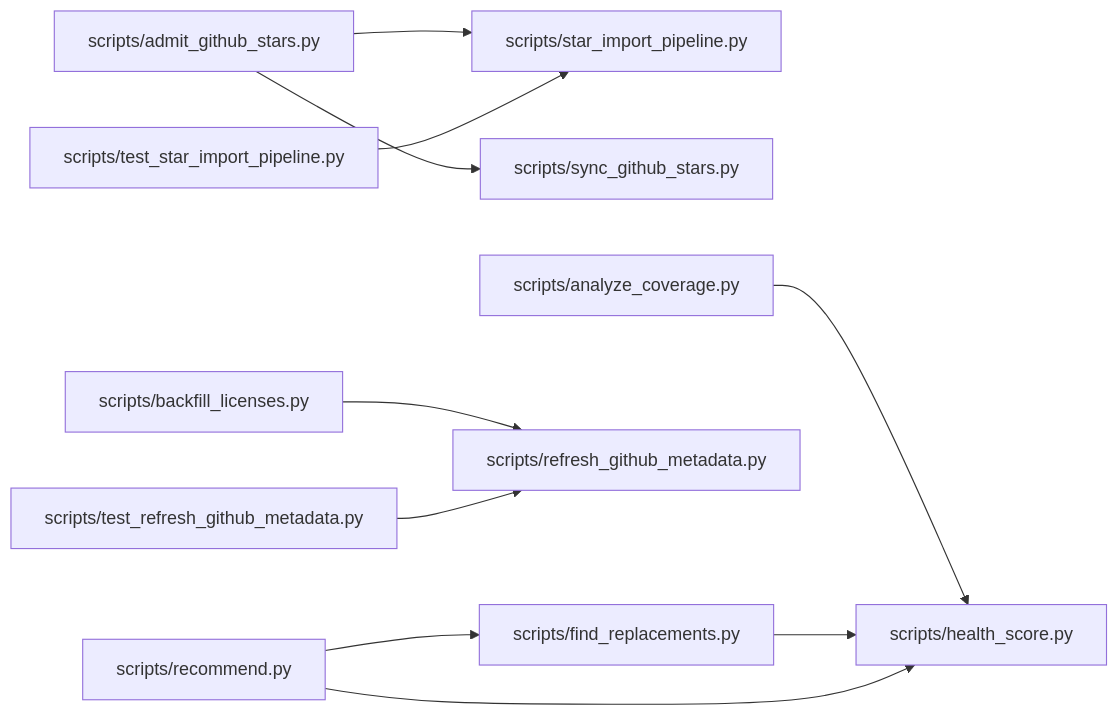
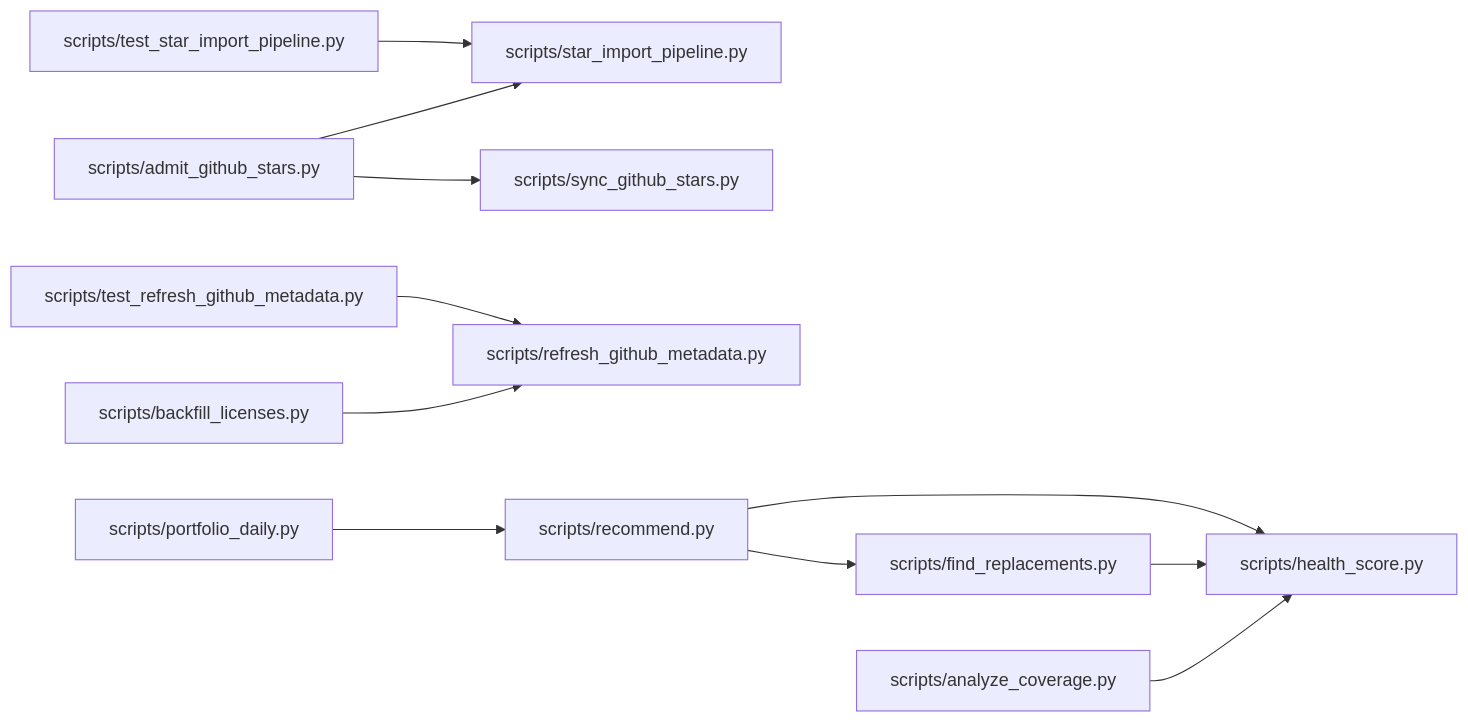
The diagram in .ai/brain/architecture.mmd (dbrckk/star-list), drawn with Mermaid before and after one commit. The commit also changed 84 other files, not shown here.

```diff
--- a/.ai/brain/architecture.mmd
+++ b/.ai/brain/architecture.mmd
@@ -1,10 +1,11 @@
 flowchart LR
   n8d03612ec4["scripts/admit_github_stars.py"] --> n83b2d4016a["scripts/star_import_pipeline.py"]
   n8d03612ec4["scripts/admit_github_stars.py"] --> n9ec765cbfe["scripts/sync_github_stars.py"]
   n493b546fce["scripts/analyze_coverage.py"] --> n61da7feb3f["scripts/health_score.py"]
   nbea452dbc9["scripts/backfill_licenses.py"] --> n673a0bb367["scripts/refresh_github_metadata.py"]
   n3c5af248bc["scripts/find_replacements.py"] --> n61da7feb3f["scripts/health_score.py"]
+  n9c65ddcee9["scripts/portfolio_daily.py"] --> n6b33751c21["scripts/recommend.py"]
   n6b33751c21["scripts/recommend.py"] --> n3c5af248bc["scripts/find_replacements.py"]
   n6b33751c21["scripts/recommend.py"] --> n61da7feb3f["scripts/health_score.py"]
   nfc3af7e38e["scripts/test_refresh_github_metadata.py"] --> n673a0bb367["scripts/refresh_github_metadata.py"]
   n0c8a572d8b["scripts/test_star_import_pipeline.py"] --> n83b2d4016a["scripts/star_import_pipeline.py"]
```
